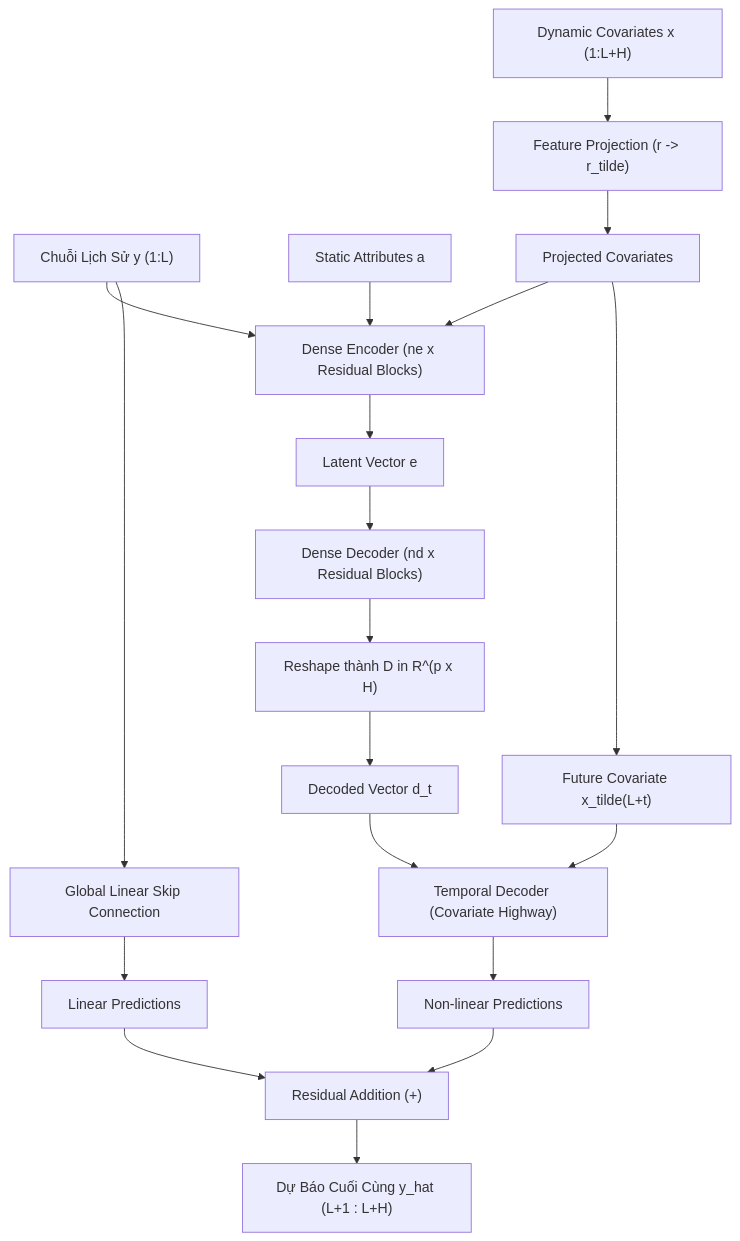
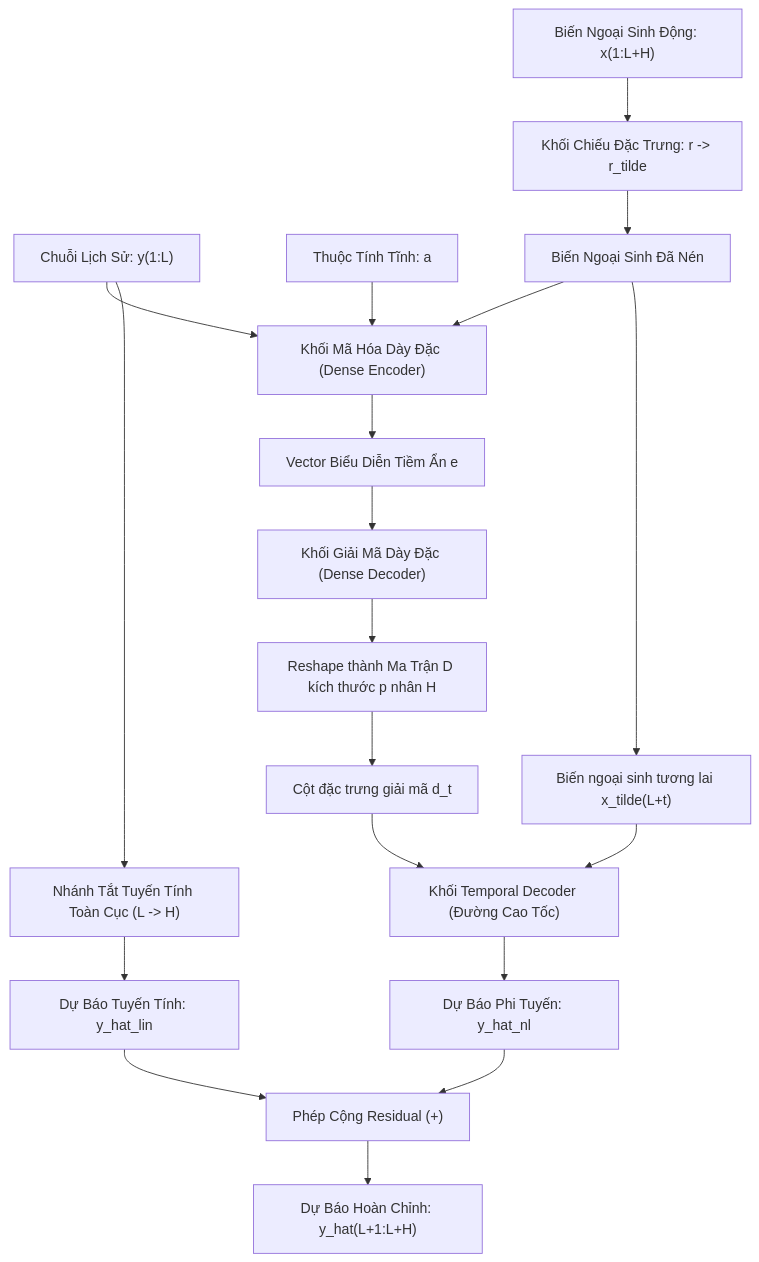
Before and after one commit to snowflake-vibing/Project-Experimental-TiDE: the diagram in README.md, drawn with Mermaid. The commit also changed 4 other files, not shown here.

Commit message:
docs: add glossary/RULE.md, ensure 100% accented Vietnamese in all Mermaid diagrams and Feynman glossary

````diff
--- a/README.md
+++ b/README.md
@@ -48,27 +48,32 @@
 ```mermaid
 flowchart TD
-    Y["Chuỗi Lịch Sử y (1:L)"]
-    X["Dynamic Covariates x (1:L+H)"]
-    A["Static Attributes a"]
+    Y["Chuỗi Lịch Sử: y(1:L)"]
+    X["Biến Ngoại Sinh Động: x(1:L+H)"]
+    A["Thuộc Tính Tĩnh: a"]
 
-    X --> FP["Feature Projection (r -> r_tilde)"]
-    FP --> X_proj["Projected Covariates"]
+    FP["Khối Chiếu Đặc Trưng: r -> r_tilde"]
+    X --> FP
+    FP --> X_proj["Biến Ngoại Sinh Đã Nén"]
     
-    Y & X_proj & A --> Enc["Dense Encoder (ne x Residual Blocks)"]
-    Enc --> Latent["Latent Vector e"]
+    Y --> Enc["Khối Mã Hóa Dày Đặc (Dense Encoder)"]
+    X_proj --> Enc
+    A --> Enc
+    Enc --> Latent["Vector Biểu Diễn Tiềm Ẩn e"]
     
-    Latent --> Dec["Dense Decoder (nd x Residual Blocks)"]
-    Dec --> Reshape["Reshape thành D in R^(p x H)"]
+    Latent --> Dec["Khối Giải Mã Dày Đặc (Dense Decoder)"]
+    Dec --> Reshape["Reshape thành Ma Trận D kích thước p nhân H"]
     
-    Reshape --> D_t["Decoded Vector d_t"]
-    X_proj --> X_fut["Future Covariate x_tilde(L+t)"]
+    Reshape --> D_t["Cột đặc trưng giải mã d_t"]
+    X_proj --> X_fut["Biến ngoại sinh tương lai x_tilde(L+t)"]
     
-    D_t & X_fut --> TempDec["Temporal Decoder (Covariate Highway)"]
-    TempDec --> Out_NL["Non-linear Predictions"]
+    D_t --> TempDec["Khối Temporal Decoder (Đường Cao Tốc)"]
+    X_fut --> TempDec
+    TempDec --> Out_NL["Dự Báo Phi Tuyến: y_hat_nl"]
 
-    Y --> LinSkip["Global Linear Skip Connection"]
-    LinSkip --> Out_Lin["Linear Predictions"]
+    Y --> LinSkip["Nhánh Tắt Tuyến Tính Toàn Cục (L -> H)"]
+    LinSkip --> Out_Lin["Dự Báo Tuyến Tính: y_hat_lin"]
 
-    Out_NL & Out_Lin --> Add["Residual Addition (+)"]
-    Add --> Final["Dự Báo Cuối Cùng y_hat (L+1 : L+H)"]
+    Out_NL --> Add["Phép Cộng Residual (+)"]
+    Out_Lin --> Add
+    Add --> Final["Dự Báo Hoàn Chỉnh: y_hat(L+1:L+H)"]
 ```
````
